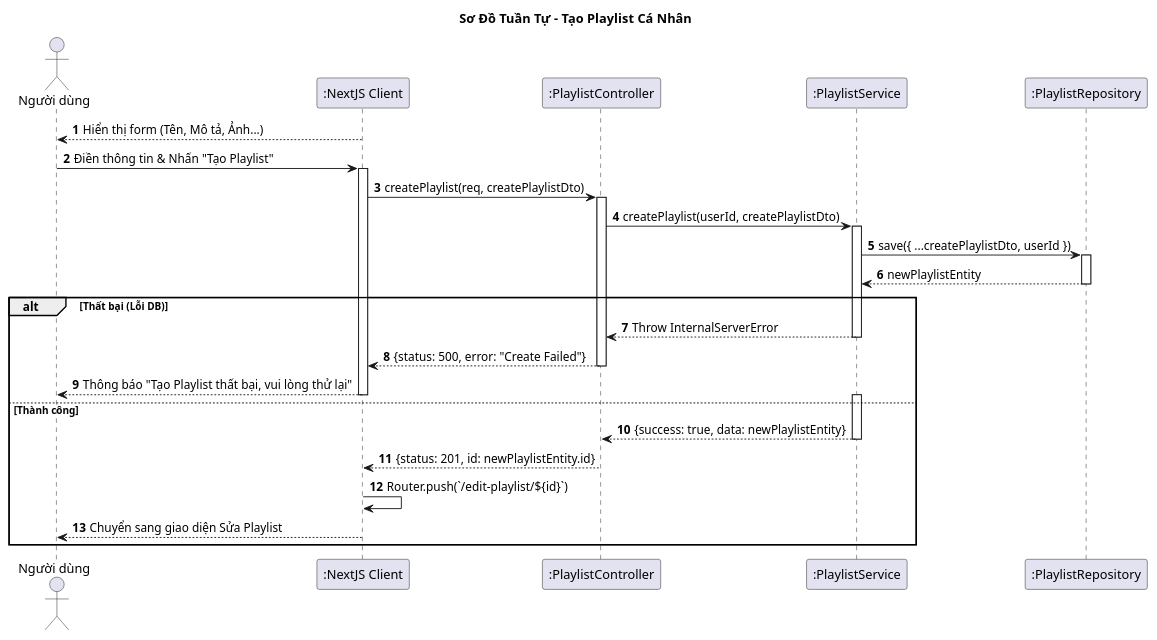
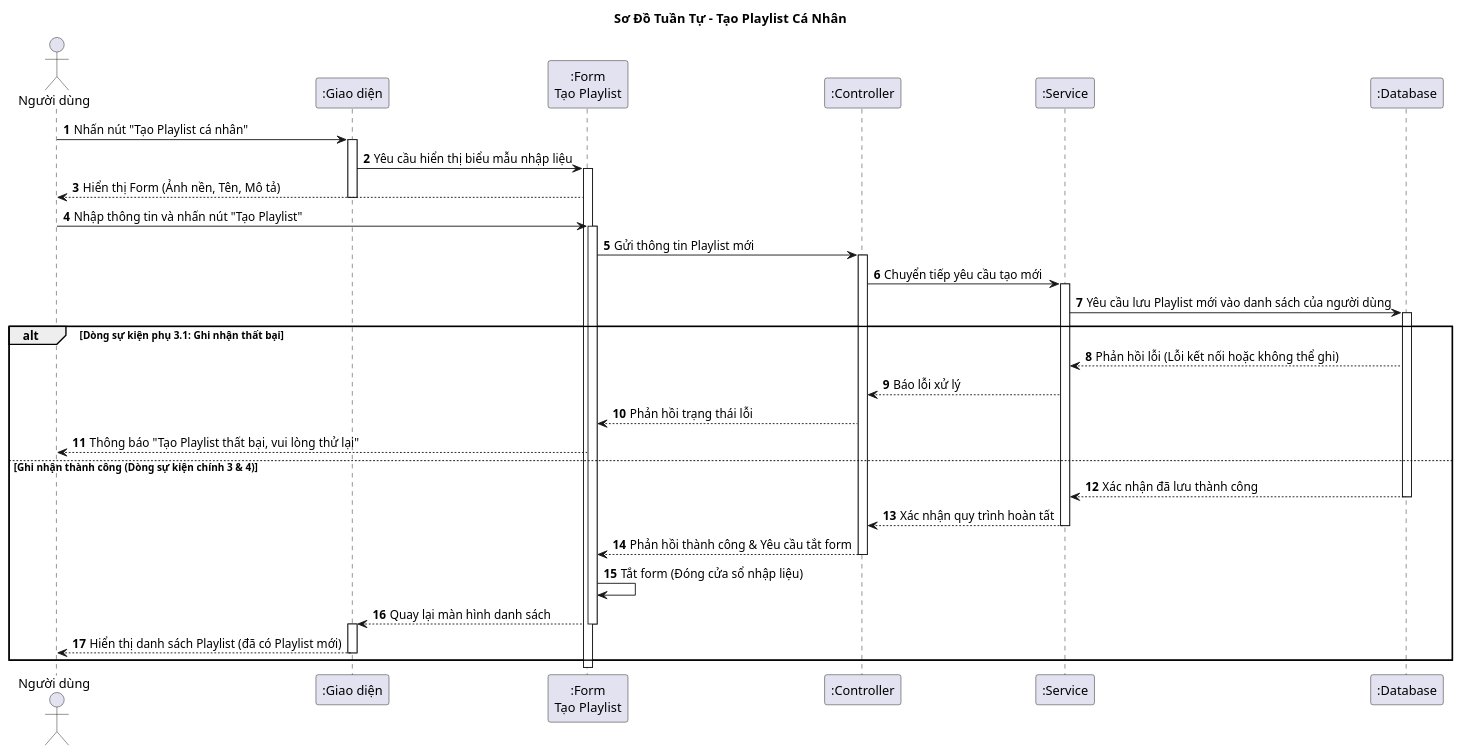
Before and after one commit to vinh047/soundwave: the diagram in Diagrams/SequenceDiagram/CreatePlaylistSD.plantuml, drawn with PlantUML. The commit also changed 37 other files, not shown here.

Commit message:
Sừa BFD, Usecase, Đặc tả, Sequence, Class

```diff
--- a/Diagrams/SequenceDiagram/CreatePlaylistSD.plantuml
+++ b/Diagrams/SequenceDiagram/CreatePlaylistSD.plantuml
@@ -1,60 +1,65 @@
-@startuml Sequence Diagram - Tạo Playlist Cá Nhân
+@startuml Sequence Diagram - Tạo Playlist (Thông điệp)
 
-title Sơ Đồ Tuần Tự - Tạo Playlist Cá Nhân 
+title Sơ Đồ Tuần Tự - Tạo Playlist Cá Nhân
 
 actor "Người dùng" as User
-participant ":NextJS Client" as UI
-participant ":PlaylistController" as Controller
-participant ":PlaylistService" as Service
-participant ":PlaylistRepository" as DB
+participant ":Giao diện" as UI_List
+participant ":Form\nTạo Playlist" as UI_Form
+participant ":Controller" as Controller
+participant ":Service" as Service
+participant ":Database" as DB
 
 autonumber
 
-' === BƯỚC 1: HIỂN THỊ FORM ===
-UI --> User: Hiển thị form (Tên, Mô tả, Ảnh...)
+' === BƯỚC 1: HIỂN THỊ FORM (Dòng sự kiện chính 1) ===
+User -> UI_List: Nhấn nút "Tạo Playlist cá nhân"
+activate UI_List
 
-' === BƯỚC 2: GỬI YÊU CẦU ===
-User -> UI: Điền thông tin & Nhấn "Tạo Playlist"
-activate UI
+UI_List -> UI_Form: Yêu cầu hiển thị biểu mẫu nhập liệu
+activate UI_Form
+UI_Form --> User: Hiển thị Form (Ảnh nền, Tên, Mô tả)
+deactivate UI_List
 
-' Dùng DTO
-UI -> Controller: createPlaylist(req, createPlaylistDto)
+' === BƯỚC 2: NGƯỜI DÙNG NHẬP LIỆU (Dòng sự kiện chính 2) ===
+User -> UI_Form: Nhập thông tin và nhấn nút "Tạo Playlist"
+activate UI_Form
+
+UI_Form -> Controller: Gửi thông tin Playlist mới
 activate Controller
-
-' Lấy userId từ req.user
-Controller -> Service: createPlaylist(userId, createPlaylistDto)
+Controller -> Service: Chuyển tiếp yêu cầu tạo mới
 activate Service
 
-' === BƯỚC 3: LƯU DB ===
-' TypeORM: save(entity)
-Service -> DB: save({ ...createPlaylistDto, userId })
+' === BƯỚC 3: GHI NHẬN VÀO CSDL (Dòng sự kiện chính 3) ===
+Service -> DB: Yêu cầu lưu Playlist mới vào danh sách của người dùng
 activate DB
-DB --> Service: newPlaylistEntity
-deactivate DB
 
-alt Thất bại (Lỗi DB)
-    Service --> Controller: Throw InternalServerError
+alt Dòng sự kiện phụ 3.1: Ghi nhận thất bại
+    DB --> Service: Phản hồi lỗi (Lỗi kết nối hoặc không thể ghi)
+    Service --> Controller: Báo lỗi xử lý
+    Controller --> UI_Form: Phản hồi trạng thái lỗi
+    
+    UI_Form --> User: Thông báo "Tạo Playlist thất bại, vui lòng thử lại"
+    ' (Form vẫn mở để người dùng thử lại)
+
+else Ghi nhận thành công (Dòng sự kiện chính 3 & 4)
+    DB --> Service: Xác nhận đã lưu thành công
+    deactivate DB
+    
+    Service --> Controller: Xác nhận quy trình hoàn tất
     deactivate Service
-    Controller --> UI: {status: 500, error: "Create Failed"}
+    
+    Controller --> UI_Form: Phản hồi thành công & Yêu cầu tắt form
     deactivate Controller
     
-    UI --> User: Thông báo "Tạo Playlist thất bại, vui lòng thử lại"
-    deactivate UI
+    ' === BƯỚC 4: TẮT FORM & CẬP NHẬT ===
+    UI_Form -> UI_Form: Tắt form (Đóng cửa sổ nhập liệu)
+    
+    UI_Form --> UI_List: Quay lại màn hình danh sách
+    deactivate UI_Form
+    activate UI_List
+    
+    UI_List --> User: Hiển thị danh sách Playlist (đã có Playlist mới)
+    deactivate UI_List
+end
 
-else Thành công
-    ' Đã activate Service ở trên
-    activate Service
-    Service --> Controller: {success: true, data: newPlaylistEntity}
-    deactivate Service
-    
-    Controller --> UI: {status: 201, id: newPlaylistEntity.id}
-    deactivate Controller
-    
-    ' === BƯỚC 4: CHUYỂN GIAO DIỆN ===
-    ' Client tự điều hướng
-    UI -> UI: Router.push(`/edit-playlist/${id}`)
-    
-    UI --> User: Chuyển sang giao diện Sửa Playlist
-    deactivate UI
-end
 @enduml
```
